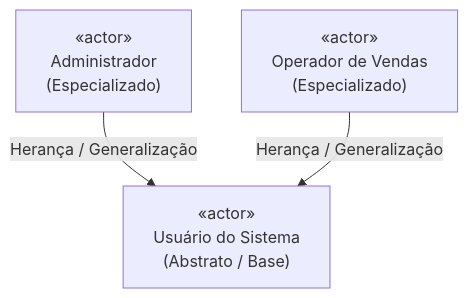
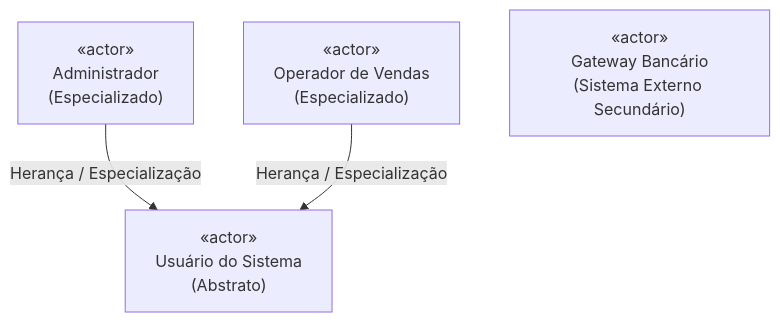
Diagram 18 of 33 in 3º Semestre/[Prof. Marcelo Boer] Engenharia de Software I/Resumos-IA/Caderno-Consolidado.md (murilolol/unifef), drawn with Mermaid before and after one commit. The commit also changed other lines of this file and 40 other files, not shown here.

````diff
--- a/3º Semestre/[Prof. Marcelo Boer] Engenharia de Software I/Resumos-IA/Caderno-Consolidado.md
+++ b/3º Semestre/[Prof. Marcelo Boer] Engenharia de Software I/Resumos-IA/Caderno-Consolidado.md
@@ -644,9 +763,10 @@
 ```mermaid
 flowchart TD
-    UsuarioSistema["«actor»<br>Usuário do Sistema<br>(Abstrato / Base)"]
-    Administrador["«actor»<br>Administrador<br>(Especializado)"]
-    OperadorVendas["«actor»<br>Operador de Vendas<br>(Especializado)"]
+    UsuarioSistema["«actor»<br/>Usuário do Sistema<br/>(Abstrato)"]
+    Administrador["«actor»<br/>Administrador<br/>(Especializado)"]
+    OperadorVendas["«actor»<br/>Operador de Vendas<br/>(Especializado)"]
+    Gateway["«actor»<br/>Gateway Bancário<br/>(Sistema Externo Secundário)"]
 
-    Administrador -->|Herança / Generalização| UsuarioSistema
-    OperadorVendas -->|Herança / Generalização| UsuarioSistema
+    Administrador -->|"Herança / Especialização"| UsuarioSistema
+    OperadorVendas -->|"Herança / Especialização"| UsuarioSistema
 ```
````
